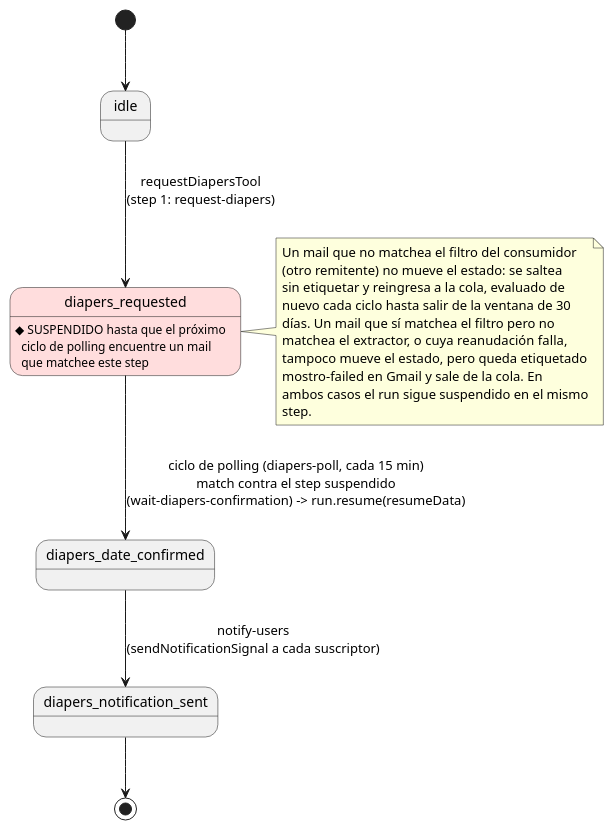
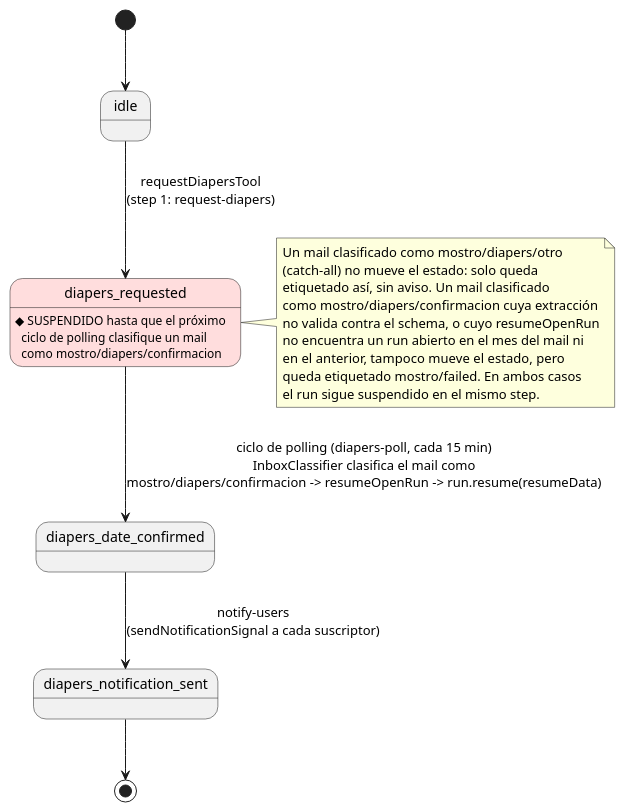
Before and after one commit to alex-bluetrain/mostro: the second of 2 diagrams in diapers-flow.md, drawn with PlantUML. The commit also changed other lines of this file and 41 other files, not shown here.

Commit message:
fix: remove legacy inbox code, and replace it with new inbox-classifier

````diff
--- a/diapers-flow.md
+++ b/diapers-flow.md
@@ -128,30 +128,29 @@
 ```plantuml
 @startuml diapers-state
 [*] --> idle
 
 idle --> diapers_requested : requestDiapersTool\n(step 1: request-diapers)
 
-diapers_requested --> diapers_date_confirmed : ciclo de polling (diapers-poll, cada 15 min)\nmatch contra el step suspendido\n(wait-diapers-confirmation) -> run.resume(resumeData)
+diapers_requested --> diapers_date_confirmed : ciclo de polling (diapers-poll, cada 15 min)\nInboxClassifier clasifica el mail como\nmostro/diapers/confirmacion -> resumeOpenRun -> run.resume(resumeData)
 
 state diapers_requested #FFDDDD {
-  diapers_requested : ◆ SUSPENDIDO hasta que el próximo\n  ciclo de polling encuentre un mail\n  que matchee este step
+  diapers_requested : ◆ SUSPENDIDO hasta que el próximo\n  ciclo de polling clasifique un mail\n  como mostro/diapers/confirmacion
 }
 
 diapers_date_confirmed --> diapers_notification_sent : notify-users\n(sendNotificationSignal a cada suscriptor)
 
 diapers_notification_sent --> [*]
 
 note right of diapers_requested
-  Un mail que no matchea el filtro del consumidor
-  (otro remitente) no mueve el estado: se saltea
-  sin etiquetar y reingresa a la cola, evaluado de
-  nuevo cada ciclo hasta salir de la ventana de 30
-  días. Un mail que sí matchea el filtro pero no
-  matchea el extractor, o cuya reanudación falla,
-  tampoco mueve el estado, pero queda etiquetado
-  mostro-failed en Gmail y sale de la cola. En
-  ambos casos el run sigue suspendido en el mismo
-  step.
+  Un mail clasificado como mostro/diapers/otro
+  (catch-all) no mueve el estado: solo queda
+  etiquetado así, sin aviso. Un mail clasificado
+  como mostro/diapers/confirmacion cuya extracción
+  no valida contra el schema, o cuyo resumeOpenRun
+  no encuentra un run abierto en el mes del mail ni
+  en el anterior, tampoco mueve el estado, pero
+  queda etiquetado mostro/failed. En ambos casos
+  el run sigue suspendido en el mismo step.
 end note
 @enduml
 ```
````
